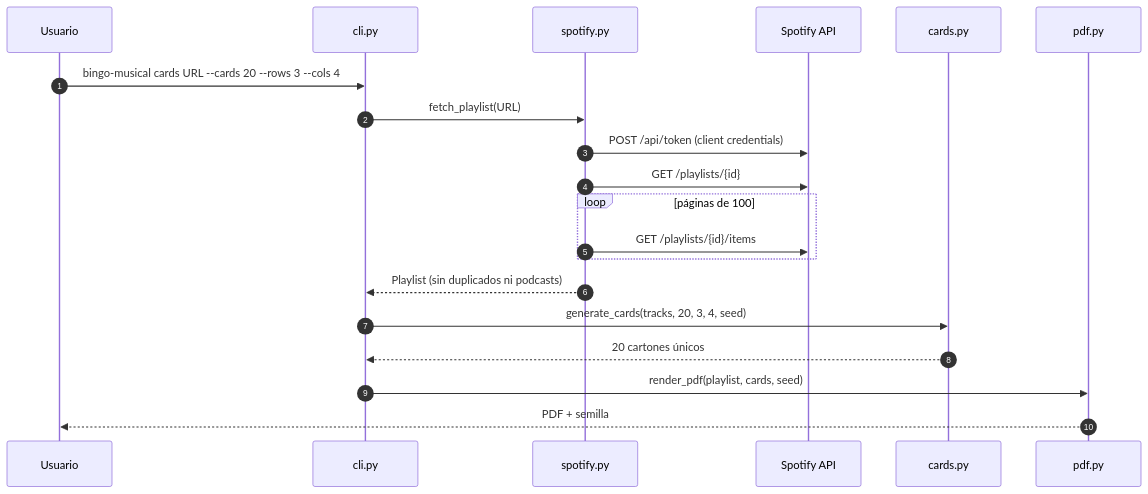
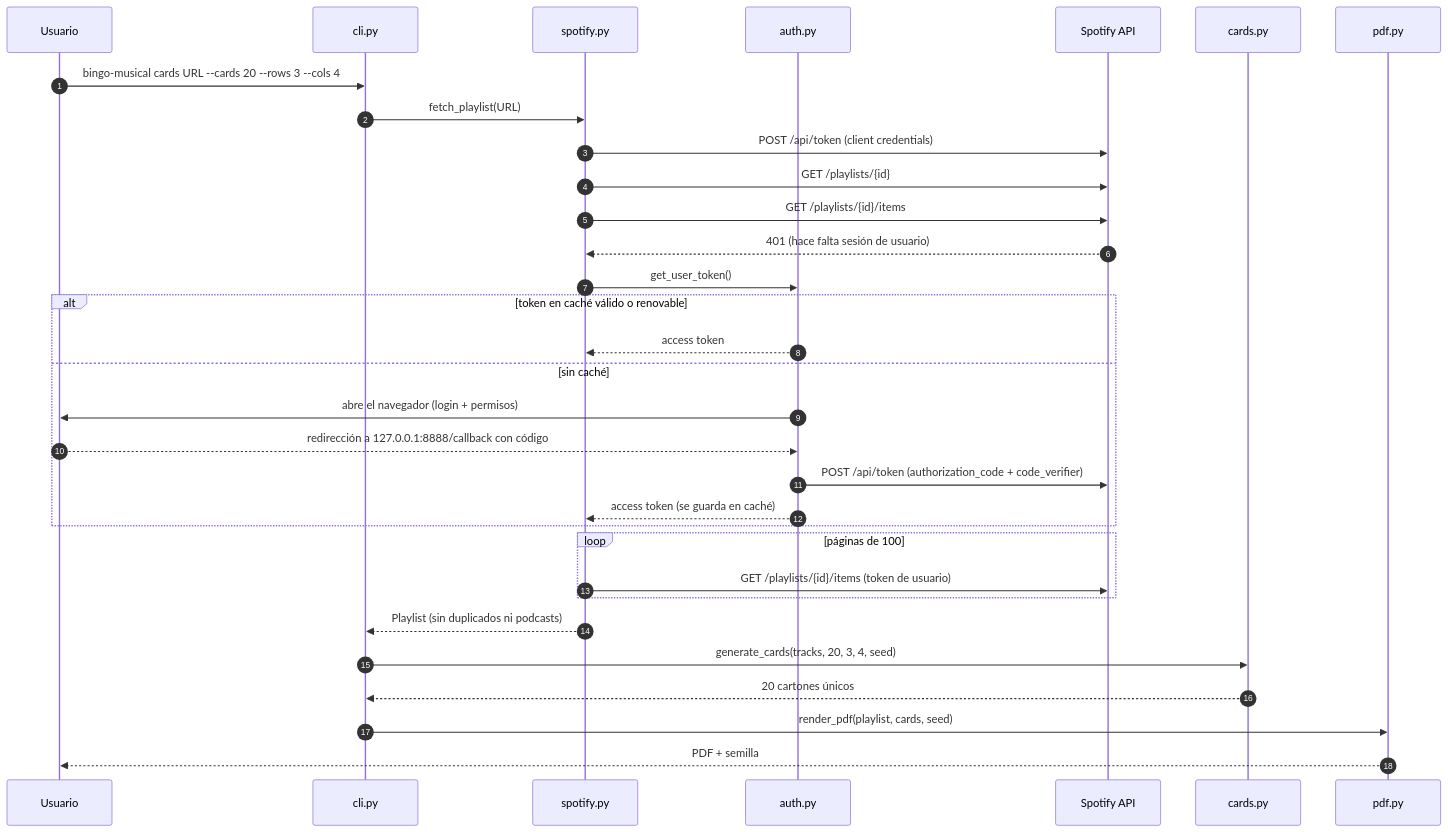
One commit to pedro-poveda/bingo-musical changed the second of 2 diagrams in README.md. Above: the diagram before and after it, drawn with Mermaid. The commit also changed other lines of this file and 3 other files, not shown here.

````diff
--- a/README.md
+++ b/README.md
@@ -173,23 +197,35 @@
 ```mermaid
 sequenceDiagram
     autonumber
     participant U as Usuario
     participant C as cli.py
     participant S as spotify.py
+    participant K as auth.py
     participant A as Spotify API
     participant G as cards.py
     participant P as pdf.py
 
     U->>C: bingo-musical cards URL --cards 20 --rows 3 --cols 4
     C->>S: fetch_playlist(URL)
     S->>A: POST /api/token (client credentials)
     S->>A: GET /playlists/{id}
+    S->>A: GET /playlists/{id}/items
+    A-->>S: 401 (hace falta sesión de usuario)
+    S->>K: get_user_token()
+    alt token en caché válido o renovable
+        K-->>S: access token
+    else sin caché
+        K->>U: abre el navegador (login + permisos)
+        U-->>K: redirección a 127.0.0.1:8888/callback con código
+        K->>A: POST /api/token (authorization_code + code_verifier)
+        K-->>S: access token (se guarda en caché)
+    end
     loop páginas de 100
-        S->>A: GET /playlists/{id}/items
+        S->>A: GET /playlists/{id}/items (token de usuario)
     end
     S-->>C: Playlist (sin duplicados ni podcasts)
     C->>G: generate_cards(tracks, 20, 3, 4, seed)
     G-->>C: 20 cartones únicos
     C->>P: render_pdf(playlist, cards, seed)
     P-->>U: PDF + semilla
 ```
````
